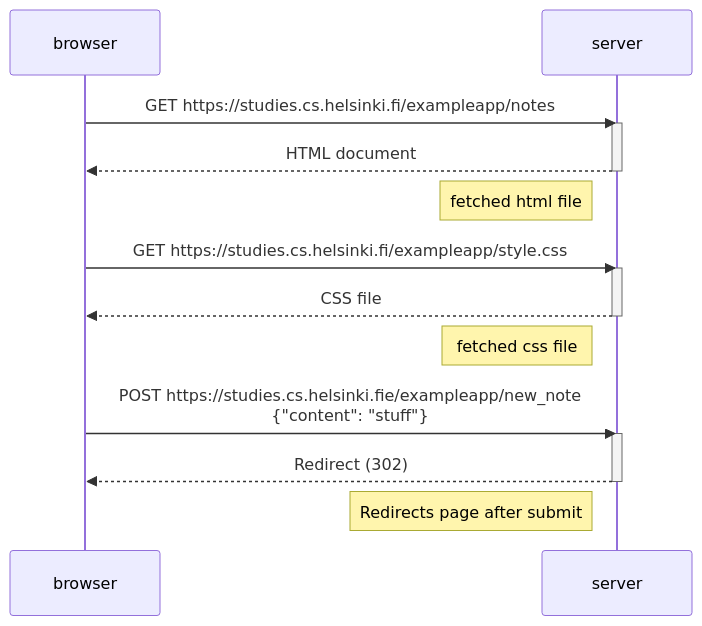
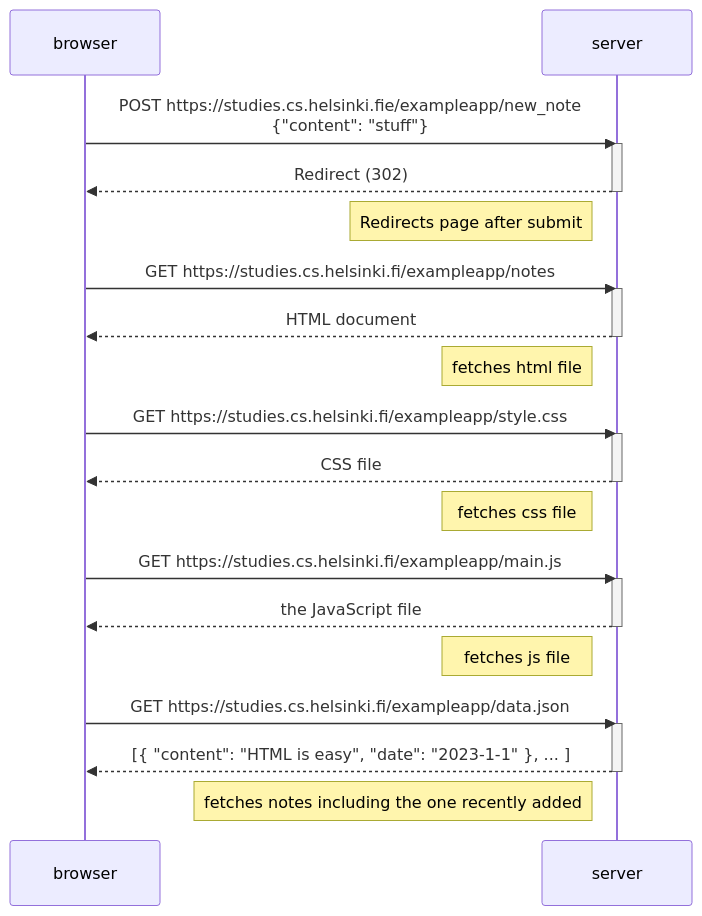
Before and after one commit to BagasApg/fullstackopen: the diagram in part0/mpa.md, drawn with Mermaid.

````diff
--- a/part0/mpa.md
+++ b/part0/mpa.md
@@ -1,25 +1,38 @@
 ```mermaid
 sequenceDiagram
   participant browser
   participant server
+
+  browser->>server: POST https://studies.cs.helsinki.fie/exampleapp/new_note<br/>{"content": "stuff"}
+  activate server
+  server-->>browser: Redirect (302)
+  deactivate server
+  Note left of server: Redirects page after submit
 
   browser->>server: GET https://studies.cs.helsinki.fi/exampleapp/notes
   activate server
 
   server-->>browser: HTML document
   deactivate server
-  Note left of server: fetched html file
+  Note left of server: fetches html file
 
   browser->>server: GET https://studies.cs.helsinki.fi/exampleapp/style.css
   activate server
 
   server-->>browser: CSS file
   deactivate server
-  Note left of server: fetched css file
+  Note left of server: fetches css file
 
-  browser->>server: POST https://studies.cs.helsinki.fie/exampleapp/new_note<br/>{"content": "stuff"}
+  browser->>server: GET https://studies.cs.helsinki.fi/exampleapp/main.js
   activate server
-  server-->>browser: Redirect (302)
+  server-->>browser: the JavaScript file
   deactivate server
-  Note left of server: Redirects page after submit
+  Note left of server: fetches js file
+
+  browser->>server: GET https://studies.cs.helsinki.fi/exampleapp/data.json
+  activate server
+  server-->>browser: [{ "content": "HTML is easy", "date": "2023-1-1" }, ... ]
+  deactivate server
+  Note left of server: fetches notes including the one recently added
+
 ```
````
